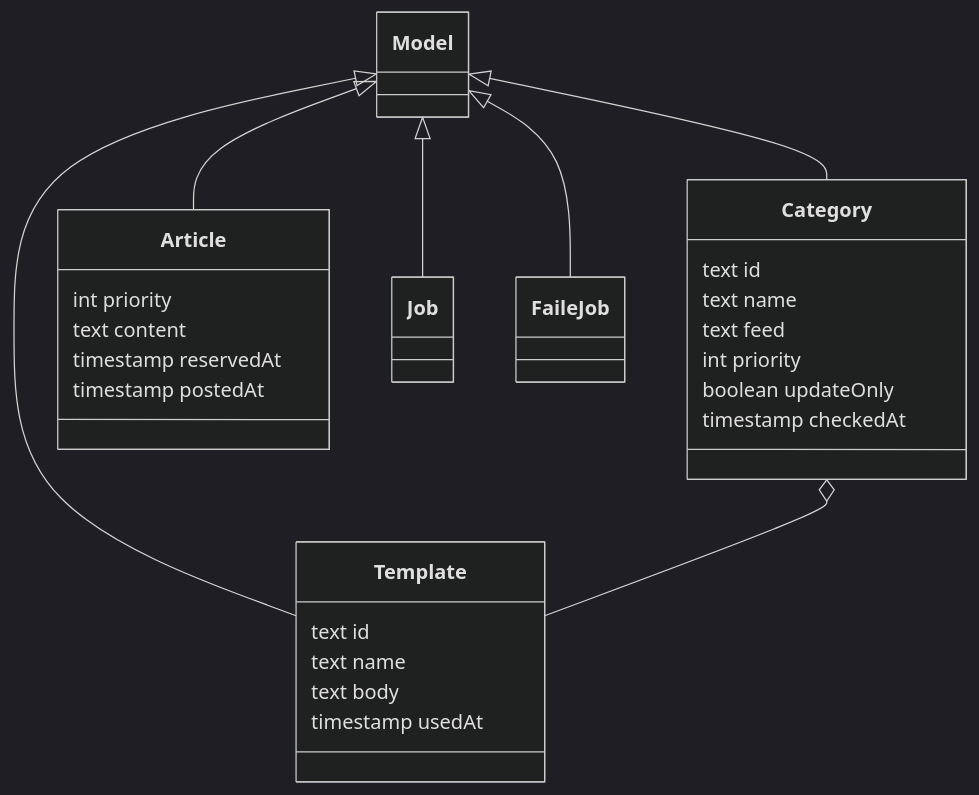
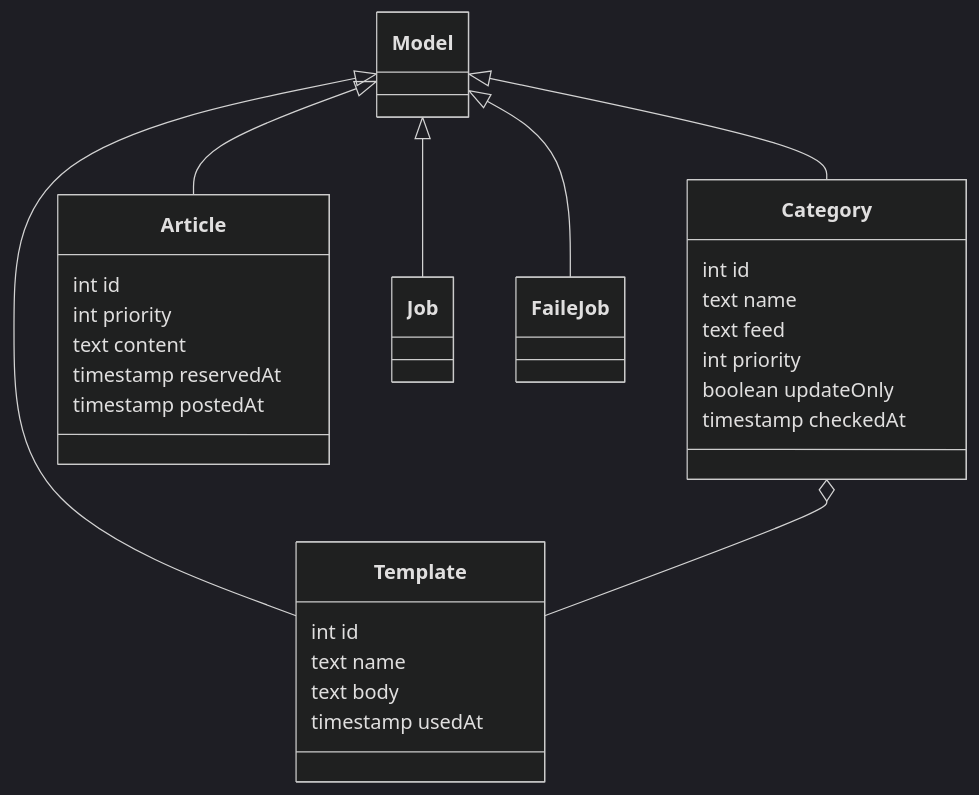
The second of 8 diagrams in README.md (MichinobuMaeda/squirrelwheel), drawn with Mermaid (dark theme) before and after one commit. The commit also changed other lines of this file and 8 other files, not shown here.

````diff
--- a/README.md
+++ b/README.md
@@ -102,29 +102,30 @@
 ```mermaid
 classDiagram
 class Category {
-    text id
+    int id
     text name
     text feed
     int priority
     boolean updateOnly
     timestamp checkedAt
 }
 class Template {
-    text id
+    int id
     text name
     text body
     timestamp usedAt
 }
 class Article {
+    int id
     int priority
     text content
     timestamp reservedAt
     timestamp postedAt
 }
 Model <|-- Category
 Model <|-- Template
 Model <|-- Article
 Model <|-- Job
 Model <|-- FaileJob
 Category o-- Template
 ```
````
